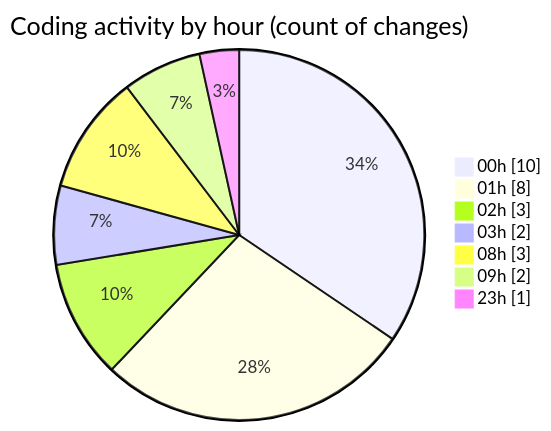
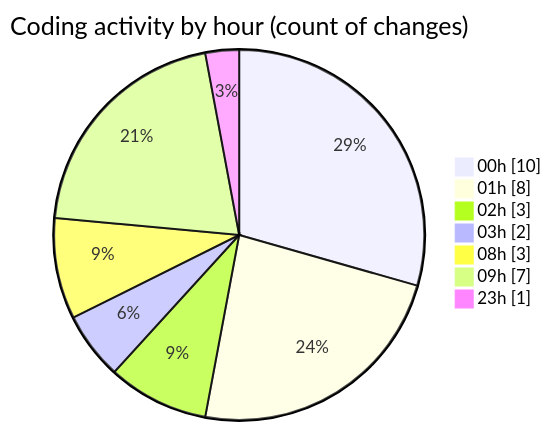
The second of 2 diagrams in 2026-02-09/singularitybrainai/README.md (tmsrecording-cyber/code-tracking), drawn with Mermaid before and after one commit. The commit also changed other lines of this file and 1 other file, not shown here.

````diff
--- a/2026-02-09/singularitybrainai/README.md
+++ b/2026-02-09/singularitybrainai/README.md
@@ -30,11 +30,11 @@
 ```mermaid
 pie showData
 title Coding activity by hour (count of changes)
 "00h" : 10
 "01h" : 8
 "02h" : 3
 "03h" : 2
 "08h" : 3
-"09h" : 2
+"09h" : 7
 "23h" : 1
 ```
````
